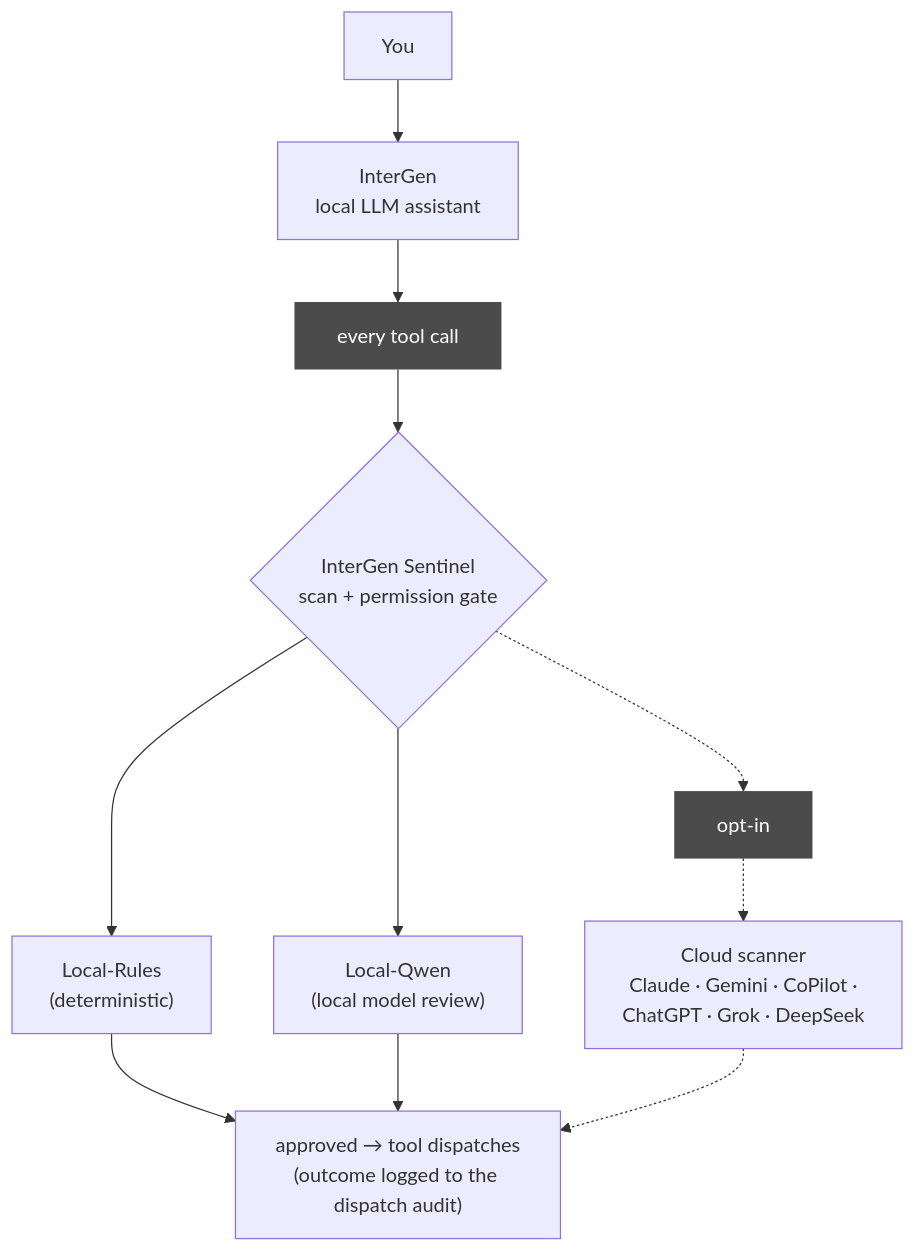
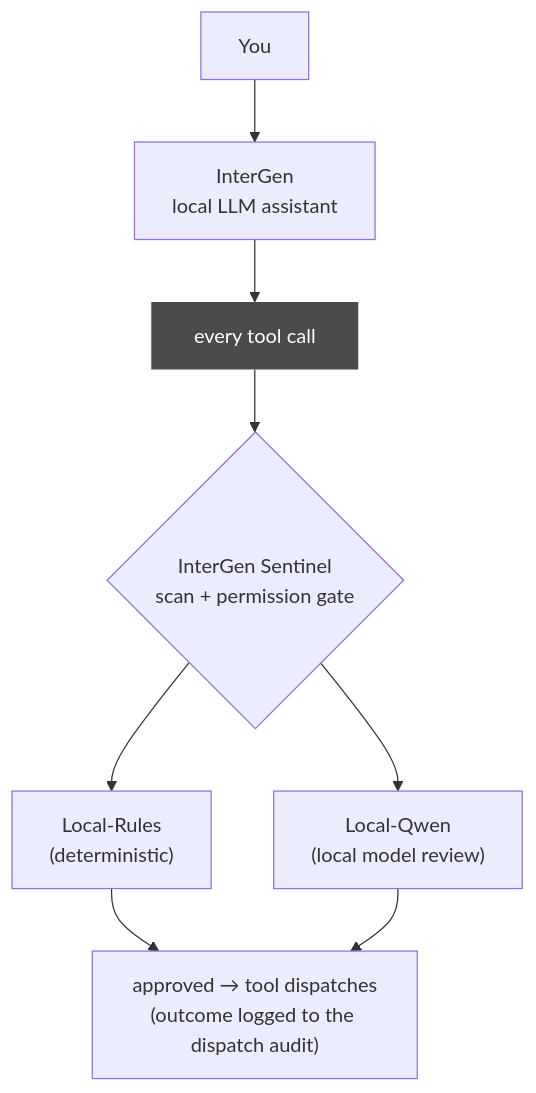
One commit to InterGenJLU/intergenos changed the second of 3 diagrams in README.md. Above: the diagram before and after it, drawn with Mermaid. The commit also changed other lines of this file and 2 other files, not shown here.

First line of the commit message:
docs(readme): describe the security scanner as shipped and correct the Tier-1 license row

````diff
--- a/README.md
+++ b/README.md
@@ -106,13 +106,11 @@
 ```mermaid
 flowchart TD
     U["You"] --> IG["InterGen<br/>local LLM assistant"]
     IG --> T1["&nbsp;every tool call&nbsp;"] --> SEN{"InterGen Sentinel<br/>scan + permission gate"}
     SEN --> LR["Local-Rules<br/>(deterministic)"]
     SEN --> LQ["Local-Qwen<br/>(local model review)"]
-    SEN -.-> T2["&nbsp;opt-in&nbsp;"] -.-> CL["Cloud scanner<br/>Claude · Gemini · CoPilot ·<br/>ChatGPT · Grok · DeepSeek"]
     LR --> RUN["approved → tool dispatches<br/>(outcome logged to the dispatch audit)"]
     LQ --> RUN
-    CL -.-> RUN
     classDef lab fill:#4b4b4b,color:#ffffff,stroke:none;
-    class T1,T2 lab;
+    class T1 lab;
 ```
````
